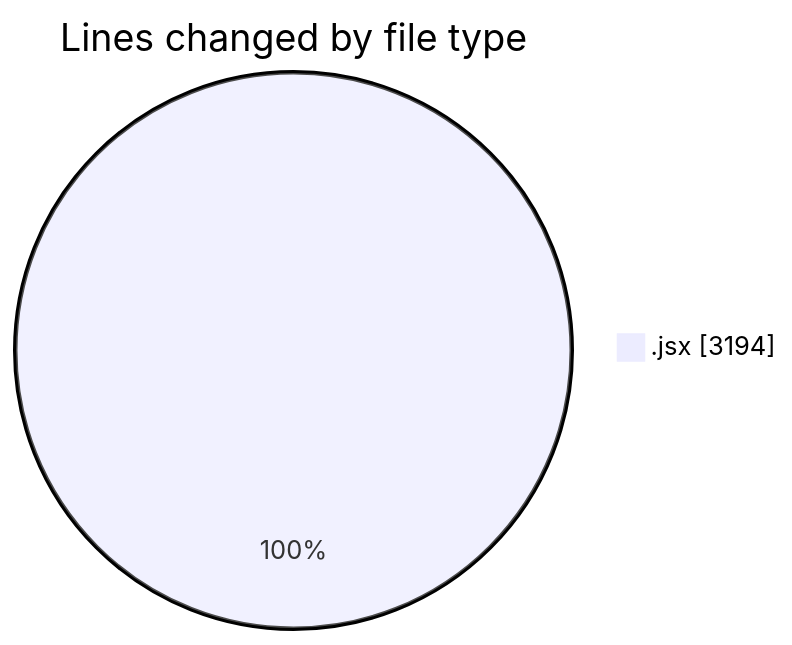
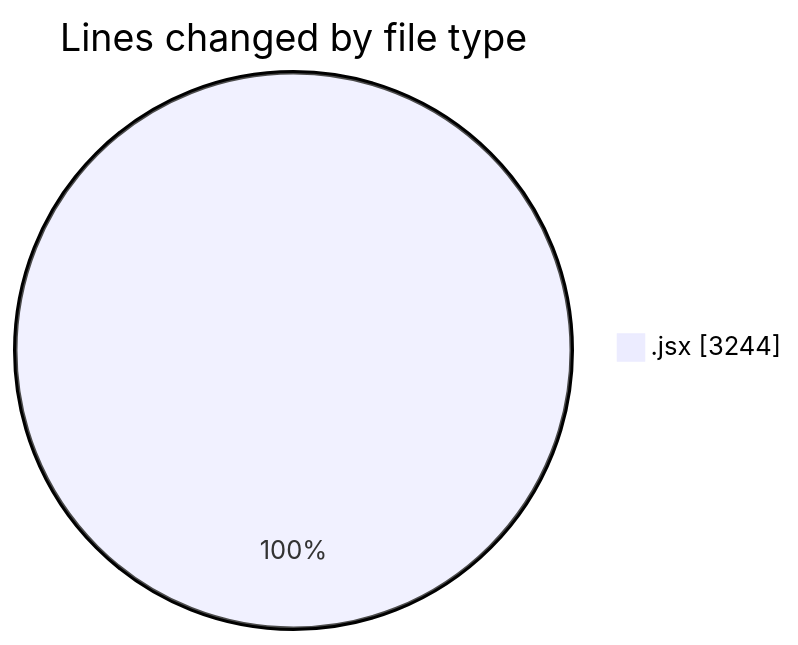
The first of 2 diagrams in 2025-05-12/argos-dev/README.md (nxtqubesakshisongat/code-tracking), drawn with Mermaid before and after one commit. The commit also changed other lines of this file and 1 other file, not shown here.

````diff
--- a/2025-05-12/argos-dev/README.md
+++ b/2025-05-12/argos-dev/README.md
@@ -26,5 +26,5 @@
 ```mermaid
 pie showData
 title Lines changed by file type
-".jsx" : 3194
+".jsx" : 3244
 ```
````
